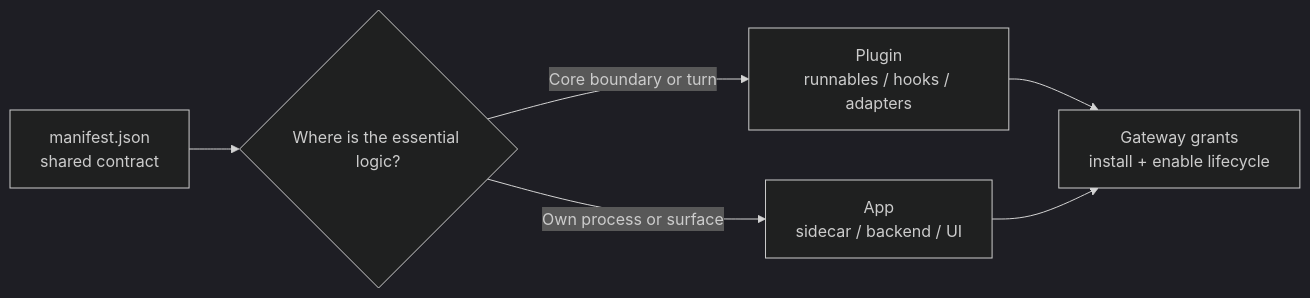
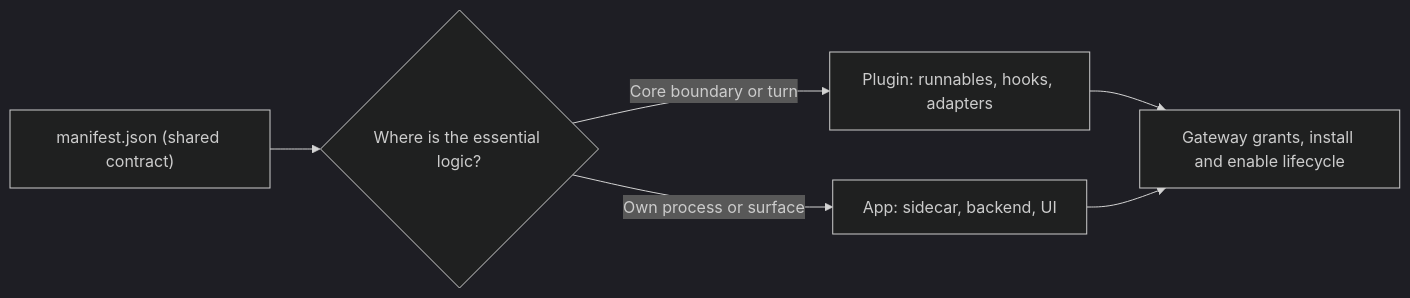
Before and after one commit to amajorai/ryu-docs: the first of 2 diagrams in content/docs/learn/academy/builder/plugins-and-apps.mdx, drawn with Mermaid (dark theme). The commit also changed other lines of this file and 2642 other files, not shown here.

````diff
--- a/content/docs/learn/academy/builder/plugins-and-apps.mdx
+++ b/content/docs/learn/academy/builder/plugins-and-apps.mdx
@@ -17,8 +17,8 @@
 ```mermaid
 flowchart LR
-  Manifest["manifest.json\nshared contract"] --> Choice{"Where is the essential logic?"}
-  Choice -->|"Core boundary or turn"| Plugin["Plugin\nrunnables / hooks / adapters"]
-  Choice -->|"Own process or surface"| App["App\nsidecar / backend / UI"]
-  Plugin --> Lifecycle["Gateway grants\ninstall + enable lifecycle"]
+  Manifest["manifest.json (shared contract)"] --> Choice{"Where is the essential logic?"}
+  Choice -->|"Core boundary or turn"| Plugin["Plugin: runnables, hooks, adapters"]
+  Choice -->|"Own process or surface"| App["App: sidecar, backend, UI"]
+  Plugin --> Lifecycle["Gateway grants, install and enable lifecycle"]
   App --> Lifecycle
 ```
````
